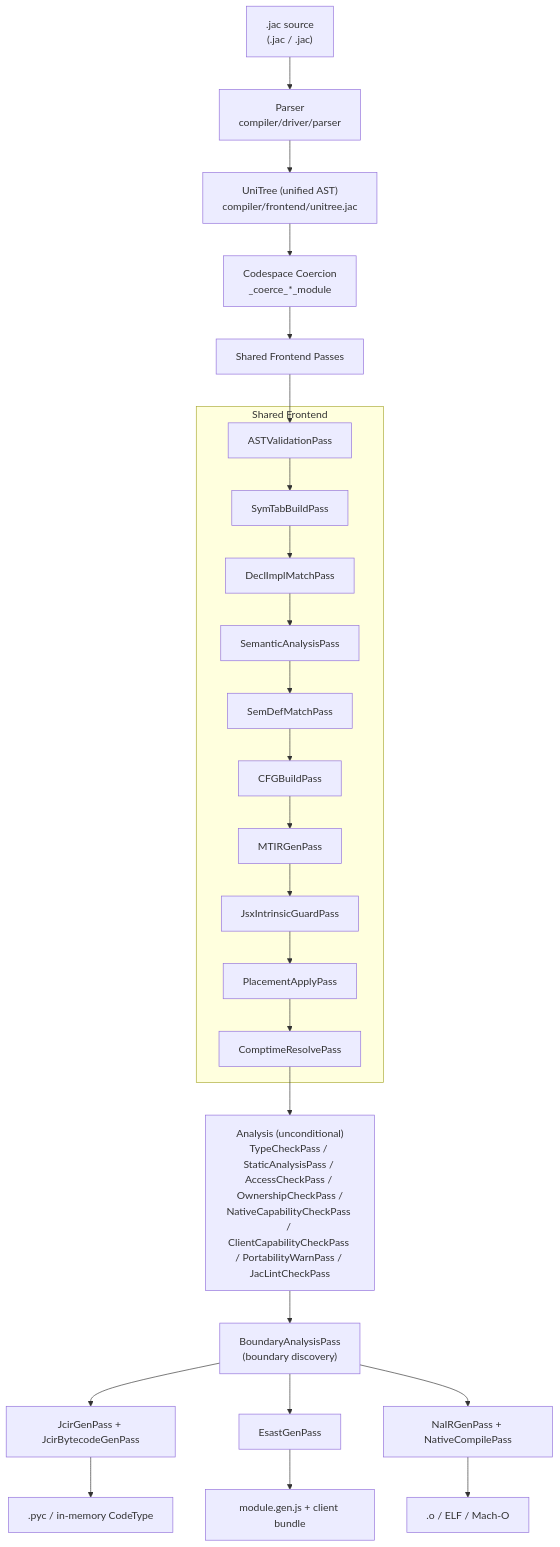
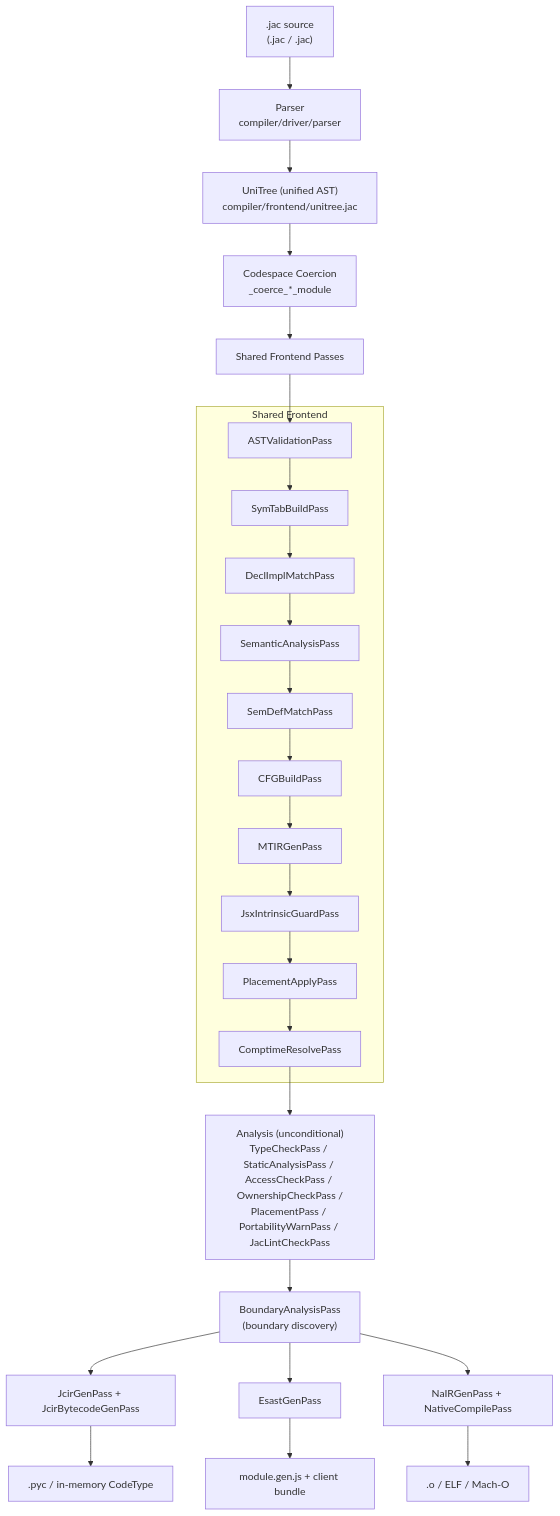
Before and after one commit to Jaseci-Labs/jaseci: the second of 3 diagrams in jac/jaclang/cli/docs/internals/compiler_architecture.md, drawn with Mermaid. The commit also changed other lines of this file and 125 other files, not shown here.

````diff
--- a/jac/jaclang/cli/docs/internals/compiler_architecture.md
+++ b/jac/jaclang/cli/docs/internals/compiler_architecture.md
@@ -98,31 +98,31 @@
 ```mermaid
 graph TD
     SRC[".jac source<br/>(.jac / .jac)"] --> PARSE[Parser<br/>compiler/driver/parser]
     PARSE --> UNI["UniTree (unified AST)<br/>compiler/frontend/unitree.jac"]
     UNI --> COERCE["Codespace Coercion<br/>_coerce_*_module"]
     COERCE --> FRONTEND[Shared Frontend Passes]
 
     subgraph FRONTEND_PASSES["Shared Frontend"]
         FE1[ASTValidationPass]
         FE2[SymTabBuildPass]
         FE3[DeclImplMatchPass]
         FE4[SemanticAnalysisPass]
         FE5[SemDefMatchPass]
         FE6[CFGBuildPass]
         FE7[MTIRGenPass]
         FE8[JsxIntrinsicGuardPass]
         FE9[PlacementApplyPass]
         FE10[ComptimeResolvePass]
     end
 
     FRONTEND --> FE1 --> FE2 --> FE3 --> FE4 --> FE5 --> FE6 --> FE7 --> FE8 --> FE9 --> FE10
-    FE10 --> TYPECK["Analysis (unconditional)<br/>TypeCheckPass / StaticAnalysisPass / AccessCheckPass / OwnershipCheckPass /<br/>NativeCapabilityCheckPass / ClientCapabilityCheckPass / PortabilityWarnPass / JacLintCheckPass"]
+    FE10 --> TYPECK["Analysis (unconditional)<br/>TypeCheckPass / StaticAnalysisPass / AccessCheckPass / OwnershipCheckPass /<br/>PlacementPass / PortabilityWarnPass / JacLintCheckPass"]
     TYPECK --> INTEROP["BoundaryAnalysisPass<br/>(boundary discovery)"]
     INTEROP --> SV[JcirGenPass + JcirBytecodeGenPass]
     INTEROP --> CL[EsastGenPass]
     INTEROP --> NA[NaIRGenPass + NativeCompilePass]
 
     SV --> SVOUT[".pyc / in-memory CodeType"]
     CL --> CLOUT["module.gen.js + client bundle"]
     NA --> NAOUT[".o / ELF / Mach-O"]
 ```
````
